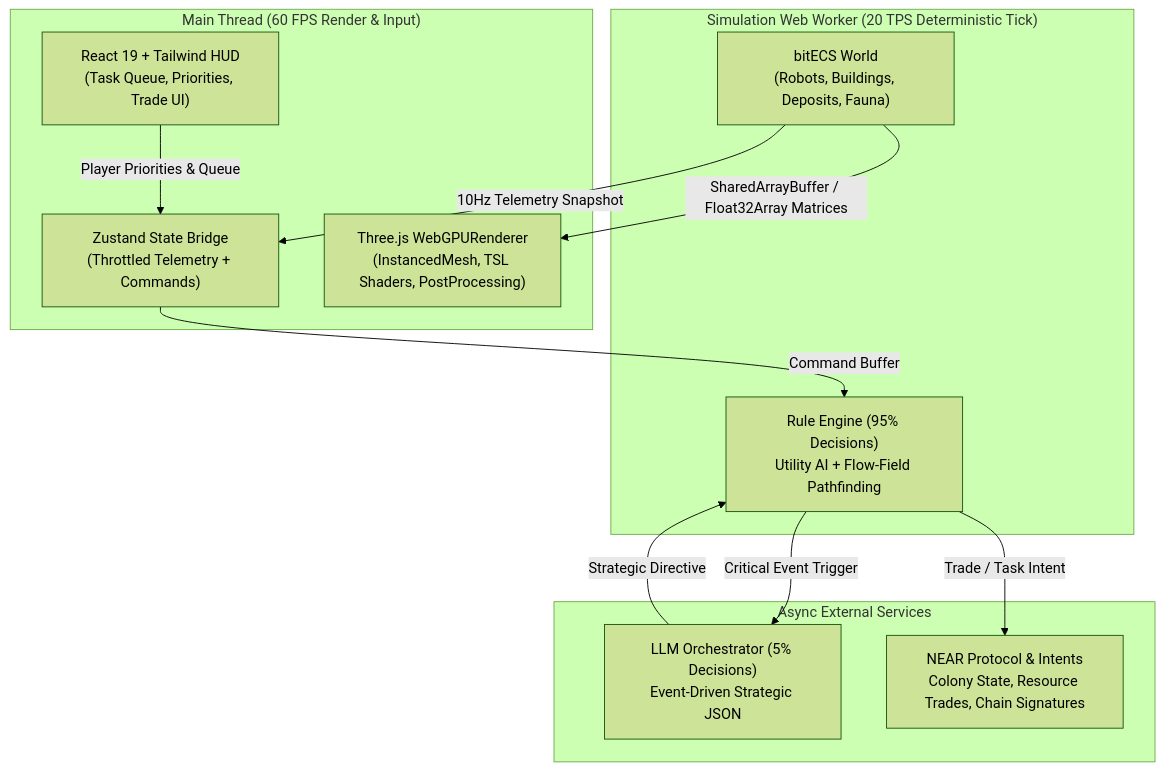
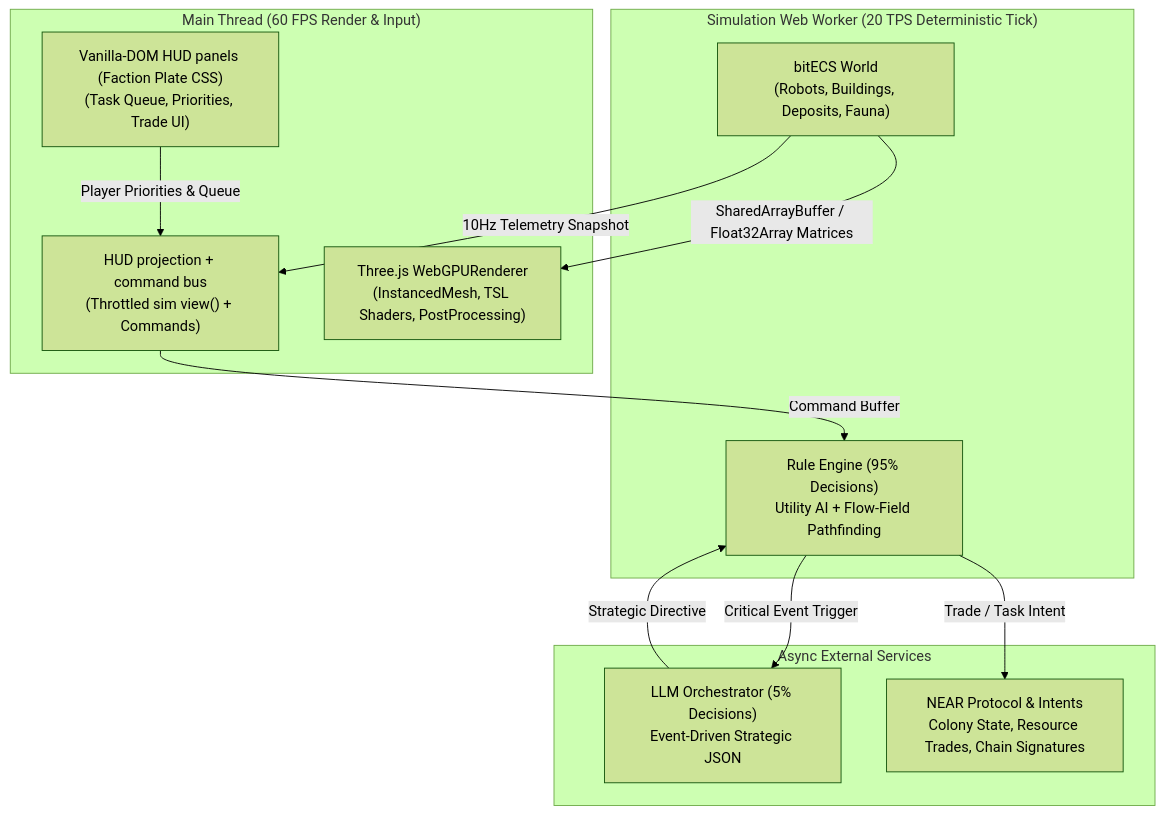
Before and after one commit to recferret-bit/terraagent: the diagram in docs/spec/tech-stack-spec.md, drawn with Mermaid (forest theme). The commit also changed other lines of this file and 220 other files, not shown here.

````diff
--- a/docs/spec/tech-stack-spec.md
+++ b/docs/spec/tech-stack-spec.md
@@ -38,26 +40,26 @@
 ```mermaid
 flowchart TD
     subgraph MainThread["Main Thread (60 FPS Render & Input)"]
-        UI["React 19 + Tailwind HUD\n(Task Queue, Priorities, Trade UI)"]
-        Store["Zustand State Bridge\n(Throttled Telemetry + Commands)"]
+        UI["Vanilla-DOM HUD panels (Faction Plate CSS)\n(Task Queue, Priorities, Trade UI)"]
+        Store["HUD projection + command bus\n(Throttled sim view() + Commands)"]
         Renderer["Three.js WebGPURenderer\n(InstancedMesh, TSL Shaders, PostProcessing)"]
     end
 
     subgraph SimWorker["Simulation Web Worker (20 TPS Deterministic Tick)"]
         ECS["bitECS World\n(Robots, Buildings, Deposits, Fauna)"]
         Rules["Rule Engine (95% Decisions)\nUtility AI + Flow-Field Pathfinding"]
     end
 
     subgraph External["Async External Services"]
         LLM["LLM Orchestrator (5% Decisions)\nEvent-Driven Strategic JSON"]
         NEAR["NEAR Protocol & Intents\nColony State, Resource Trades, Chain Signatures"]
     end
 
     UI -->|Player Priorities & Queue| Store
     Store -->|Command Buffer| Rules
     ECS -->|SharedArrayBuffer / Float32Array Matrices| Renderer
     ECS -->|10Hz Telemetry Snapshot| Store
     Rules -->|Critical Event Trigger| LLM
     LLM -->|Strategic Directive| Rules
     Rules -->|Trade / Task Intent| NEAR
 ```
````
